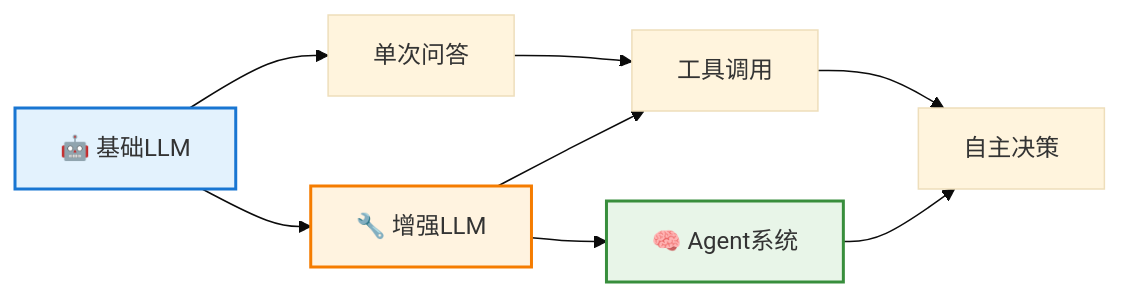
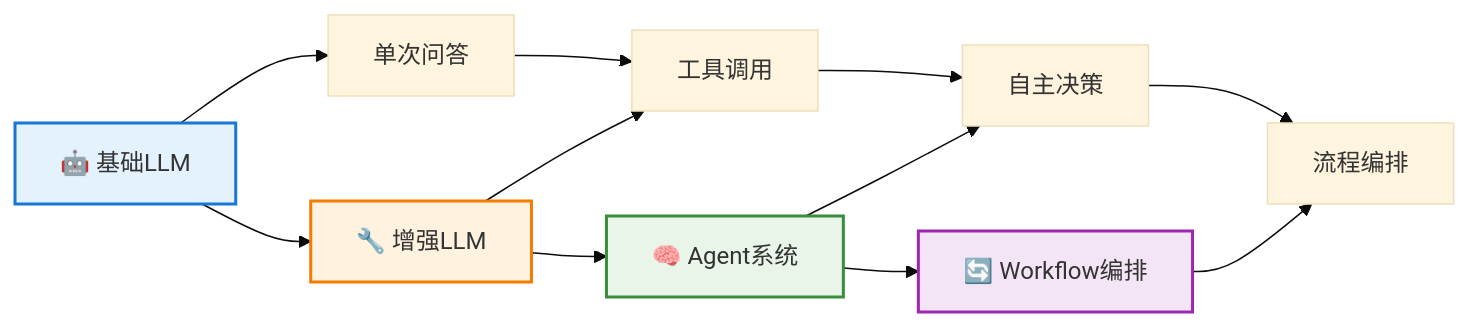
The second of 11 diagrams in agent/AI_Agent_完整入门指南.md (yxzf/claude-code-guide), drawn with Mermaid (base theme) before and after one commit. The commit also changed other lines of this file, not shown here.

````diff
--- a/agent/AI_Agent_完整入门指南.md
+++ b/agent/AI_Agent_完整入门指南.md
@@ -49,16 +53,20 @@
 ```mermaid
 graph LR
     A[🤖 基础LLM] --> B[🔧 增强LLM]
     B --> C[🧠 Agent系统]
+    C --> D[🔄 Workflow编排]
     
     A1[单次问答] --> B1[工具调用]
-    B1 --> C1[自主决策]
+    B1 --> C1[自主决策] 
+    C1 --> D1[流程编排]
     
     A --> A1
     B --> B1  
     C --> C1
+    D --> D1
     
     style A fill:#e3f2fd,stroke:#1976d2,stroke-width:2px
     style B fill:#fff3e0,stroke:#f57c00,stroke-width:2px
     style C fill:#e8f5e8,stroke:#388e3c,stroke-width:2px
+    style D fill:#f3e5f5,stroke:#9c27b0,stroke-width:2px
 ```
````
